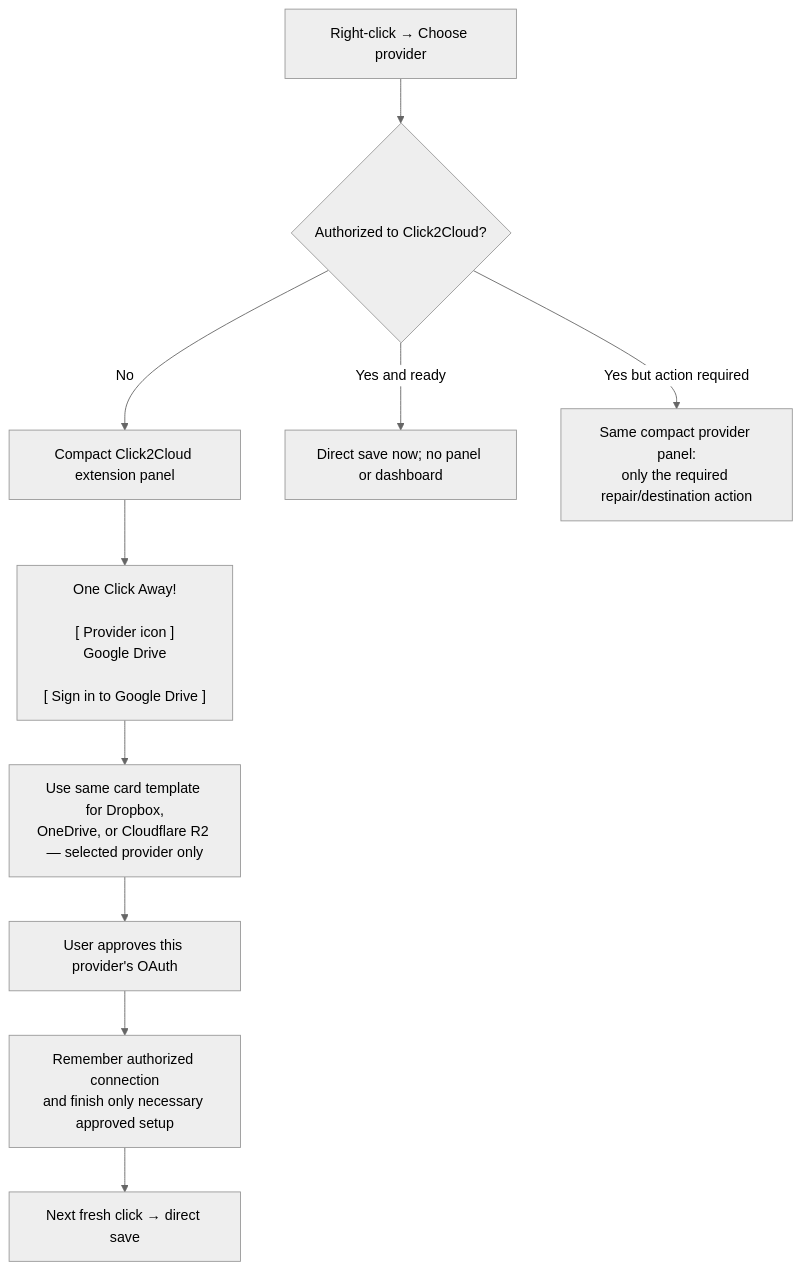
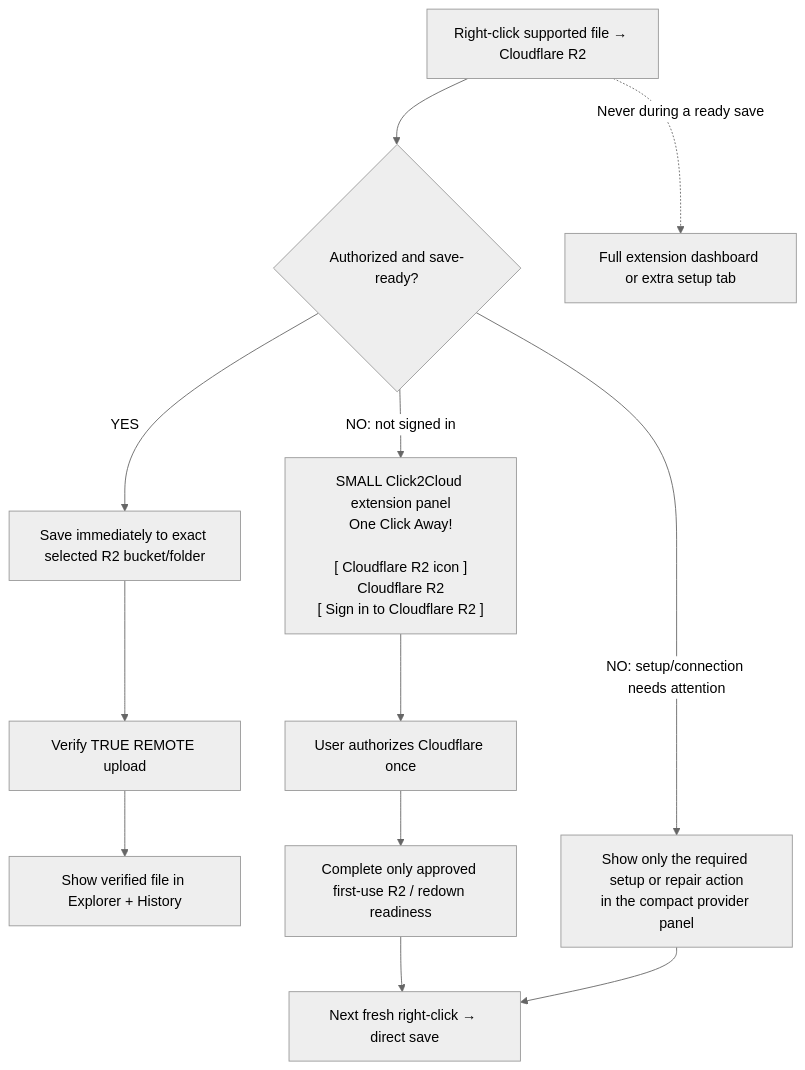
Before and after one commit to thanks-cohn/Click2Cloud: the third of 3 diagrams in foundations/cloudflare/README.md, drawn with Mermaid (neutral theme). The commit also changed other lines of this file, not shown here.

Commit message:
docs: retain Cloudflare-only right-click login diagram alongside its foundations

````diff
--- a/foundations/cloudflare/README.md
+++ b/foundations/cloudflare/README.md
@@ -163,12 +120,14 @@
 ```mermaid
 flowchart TD
-    A["Right-click → Choose provider"] --> B{"Authorized to Click2Cloud?"}
-    B -- "No" --> P["Compact Click2Cloud extension panel"]
-    P --> CARD["One Click Away!<br/><br/>[ Provider icon ]<br/>Google Drive<br/><br/>[ Sign in to Google Drive ]"]
-    CARD --> C["Use same card template for Dropbox,<br/>OneDrive, or Cloudflare R2 — selected provider only"]
-    C --> D["User approves this provider's OAuth"]
-    D --> E["Remember authorized connection<br/>and finish only necessary approved setup"]
-    E --> F["Next fresh click → direct save"]
-    B -- "Yes and ready" --> G["Direct save now; no panel or dashboard"]
-    B -- "Yes but action required" --> H["Same compact provider panel:<br/>only the required repair/destination action"]
+    A["Right-click supported file → Cloudflare R2"] --> B{"Authorized and save-ready?"}
+    B -- "YES" --> C["Save immediately to exact selected R2 bucket/folder"]
+    C --> D["Verify TRUE REMOTE upload"]
+    D --> E["Show verified file in Explorer + History"]
+    B -- "NO: not signed in" --> F["SMALL Click2Cloud extension panel<br/>One Click Away!<br/><br/>[ Cloudflare R2 icon ]<br/>Cloudflare R2<br/>[ Sign in to Cloudflare R2 ]"]
+    F --> G["User authorizes Cloudflare once"]
+    G --> H["Complete only approved first-use R2 / redown readiness"]
+    H --> I["Next fresh right-click → direct save"]
+    B -- "NO: setup/connection needs attention" --> J["Show only the required setup or repair action<br/>in the compact provider panel"]
+    J --> I
+    A -. "Never during a ready save" .-> K["Full extension dashboard or extra setup tab"]
 ```
````
